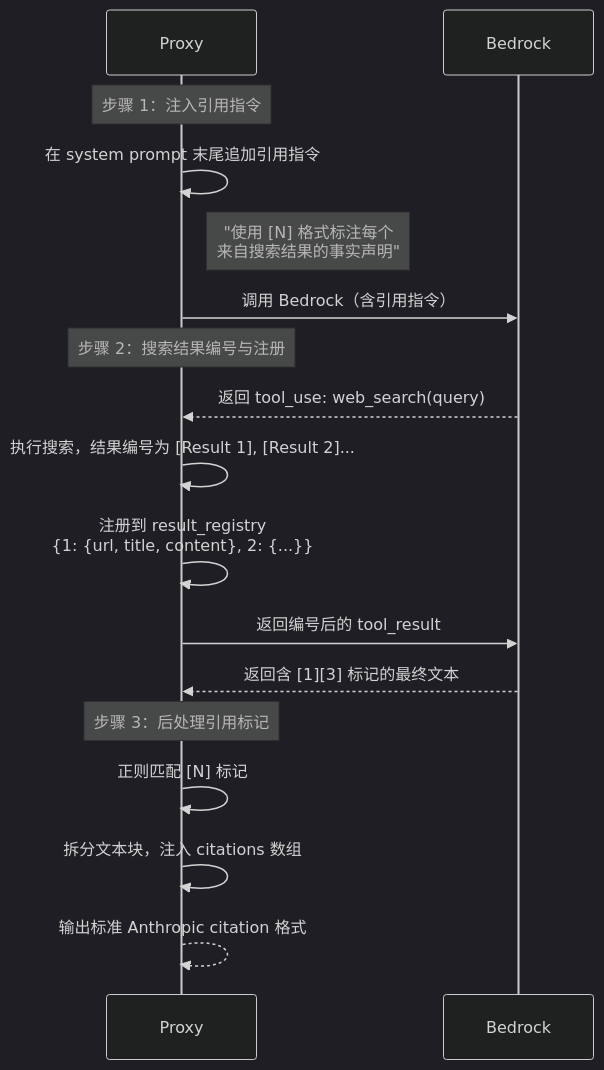
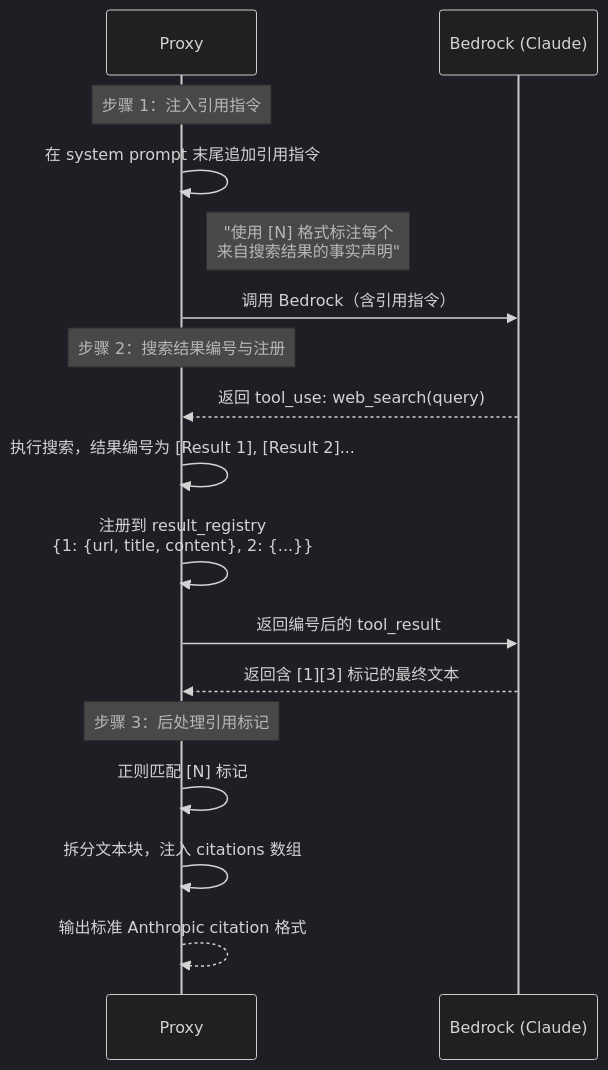
One commit to xiehust/anthropic_api_converter changed the third of 4 diagrams in docs/blog/web-search-fetch-on-bedrock.md. Above: the diagram before and after it, drawn with Mermaid (dark theme). The commit also changed other lines of this file and 96 other files, not shown here.

````diff
--- a/docs/blog/web-search-fetch-on-bedrock.md
+++ b/docs/blog/web-search-fetch-on-bedrock.md
@@ -331,24 +338,24 @@
 ```mermaid
 sequenceDiagram
     participant P as Proxy
-    participant B as Bedrock
+    participant B as Bedrock (Claude)
 
     Note over P: 步骤 1：注入引用指令
     P->>P: 在 system prompt 末尾追加引用指令
     Note right of P: "使用 [N] 格式标注每个<br/>来自搜索结果的事实声明"
 
     P->>B: 调用 Bedrock（含引用指令）
 
     Note over P: 步骤 2：搜索结果编号与注册
     B-->>P: 返回 tool_use: web_search(query)
     P->>P: 执行搜索，结果编号为 [Result 1], [Result 2]...
     P->>P: 注册到 result_registry<br/>{1: {url, title, content}, 2: {...}}
     P->>B: 返回编号后的 tool_result
 
     B-->>P: 返回含 [1][3] 标记的最终文本
 
     Note over P: 步骤 3：后处理引用标记
     P->>P: 正则匹配 [N] 标记
     P->>P: 拆分文本块，注入 citations 数组
     P-->>P: 输出标准 Anthropic citation 格式
 ```
````
